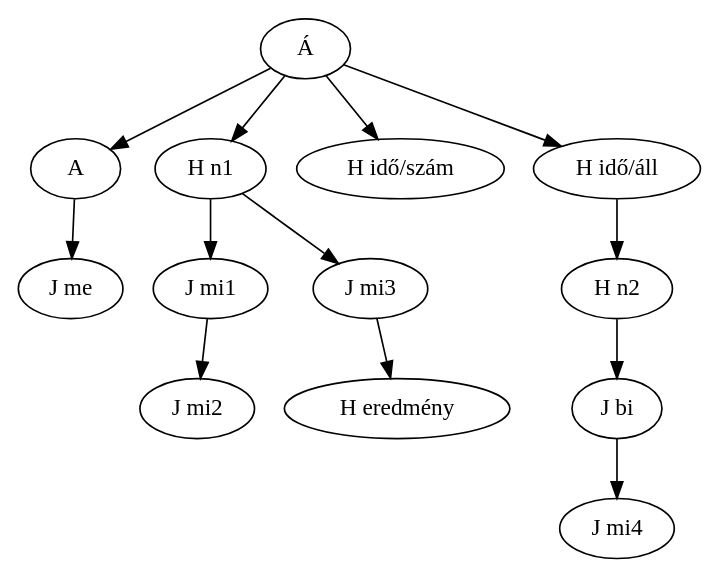
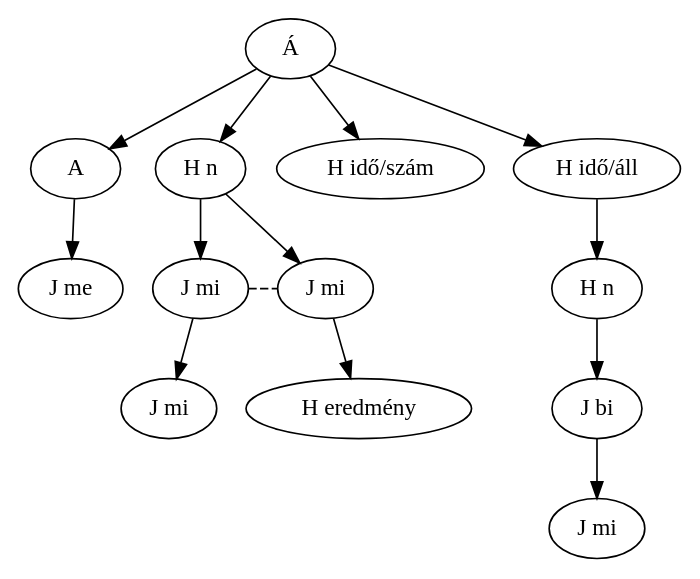
One commit to MatyasAkos/Jegyzet changed the diagram in Nyelvtan/6. Gyakorlás.md. Above: the diagram before and after it, drawn with Graphviz. The commit also changed 1 other file, not shown here.

Commit message:
vault backup: 2025-11-19 19:52:06

````diff
--- a/Nyelvtan/6. Gyakorlás.md
+++ b/Nyelvtan/6. Gyakorlás.md
@@ -2,16 +2,26 @@
 ```dot
 digraph G {
   "Á" -> "A";
   "Á" -> "H n1";
   "Á" -> "H idő/szám";
   "Á" -> "H idő/áll";
   "A" -> "J me";
   "H n1" -> "J mi1";
   "J mi1" -> "J mi2";
   "H n1" -> "J mi3";
   "J mi3" -> "H eredmény";
   "H idő/áll" -> "H n2";
   "H n2" -> "J bi";
   "J bi" -> "J mi4";
+  
+  edge[dir=none style=dashed]
+  {rank=same "J mi1" -> "J mi3"}
+  
+  "H n1"[label="H n"];
+  "H n2"[label="H n"];
+  "J mi1"[label="J mi"];
+  "J mi2"[label="J mi"];
+  "J mi3"[label="J mi"];
+  "J mi4"[label="J mi"];
 }
 ```
````
